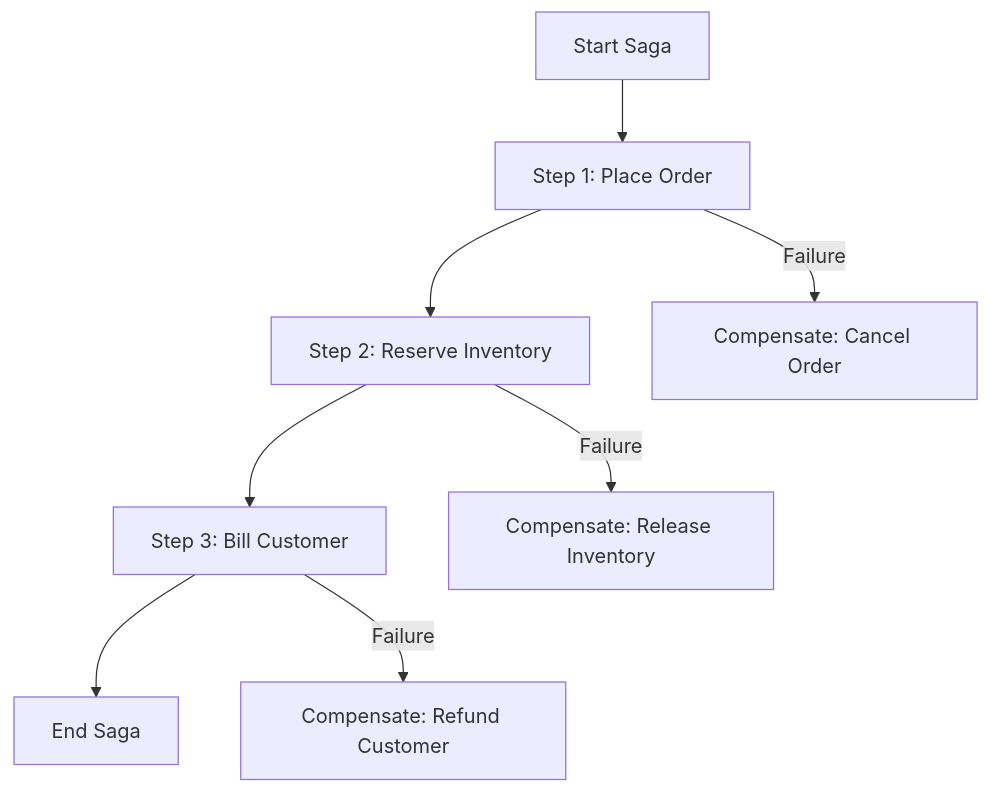
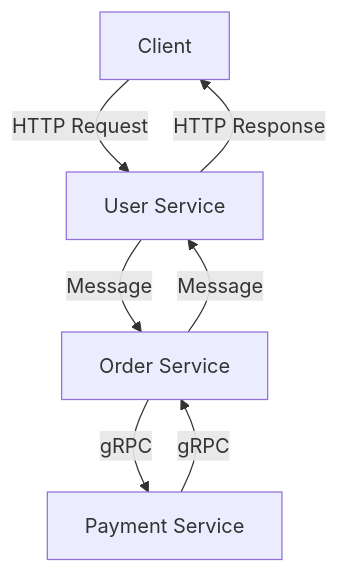
Before and after one commit to MasteryEducation/SoftwarePatternsLexicon.com: the diagram in content/patterns-clojure/11/4/index.md, drawn with Mermaid. The commit also changed other lines of this file and 462 other files, not shown here.

````diff
--- a/content/patterns-clojure/11/4/index.md
+++ b/content/patterns-clojure/11/4/index.md
@@ -46,10 +149,9 @@
 ```mermaid
 graph TD;
-    A[Start Saga] --> B[Step 1: Place Order]
-    B --> C[Step 2: Reserve Inventory]
-    C --> D[Step 3: Bill Customer]
-    D --> E[End Saga]
-    B -->|Failure| F[Compensate: Cancel Order]
-    C -->|Failure| G[Compensate: Release Inventory]
-    D -->|Failure| H[Compensate: Refund Customer]
+    A[Client] -->|HTTP Request| B[User Service]
+    B -->|HTTP Response| A
+    B -->|Message| C[Order Service]
+    C -->|Message| B
+    C -->|gRPC| D[Payment Service]
+    D -->|gRPC| C
 ```
````
